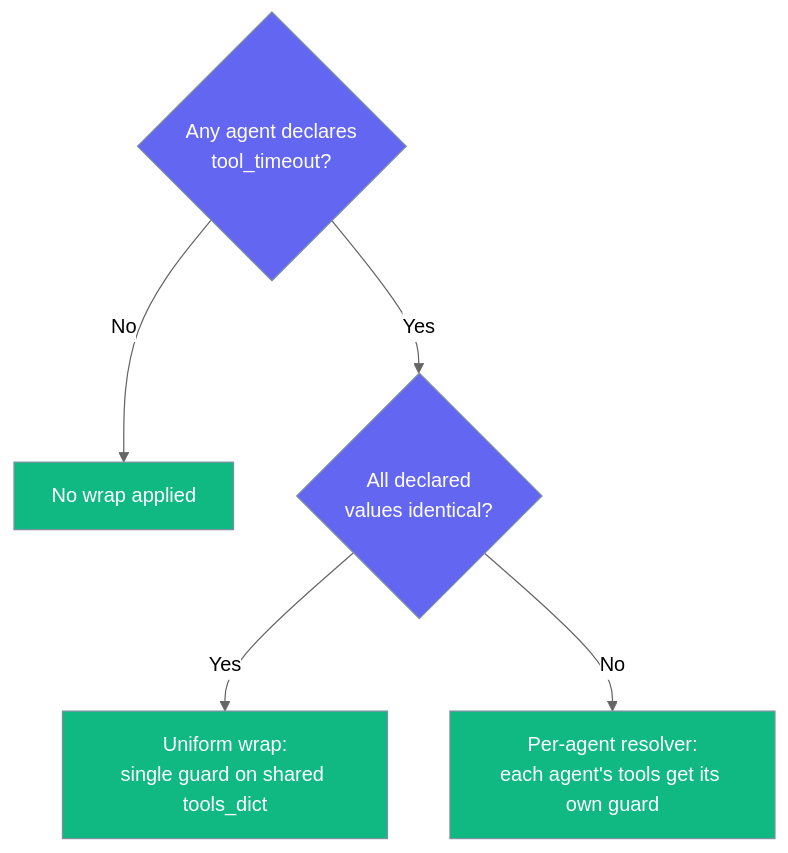
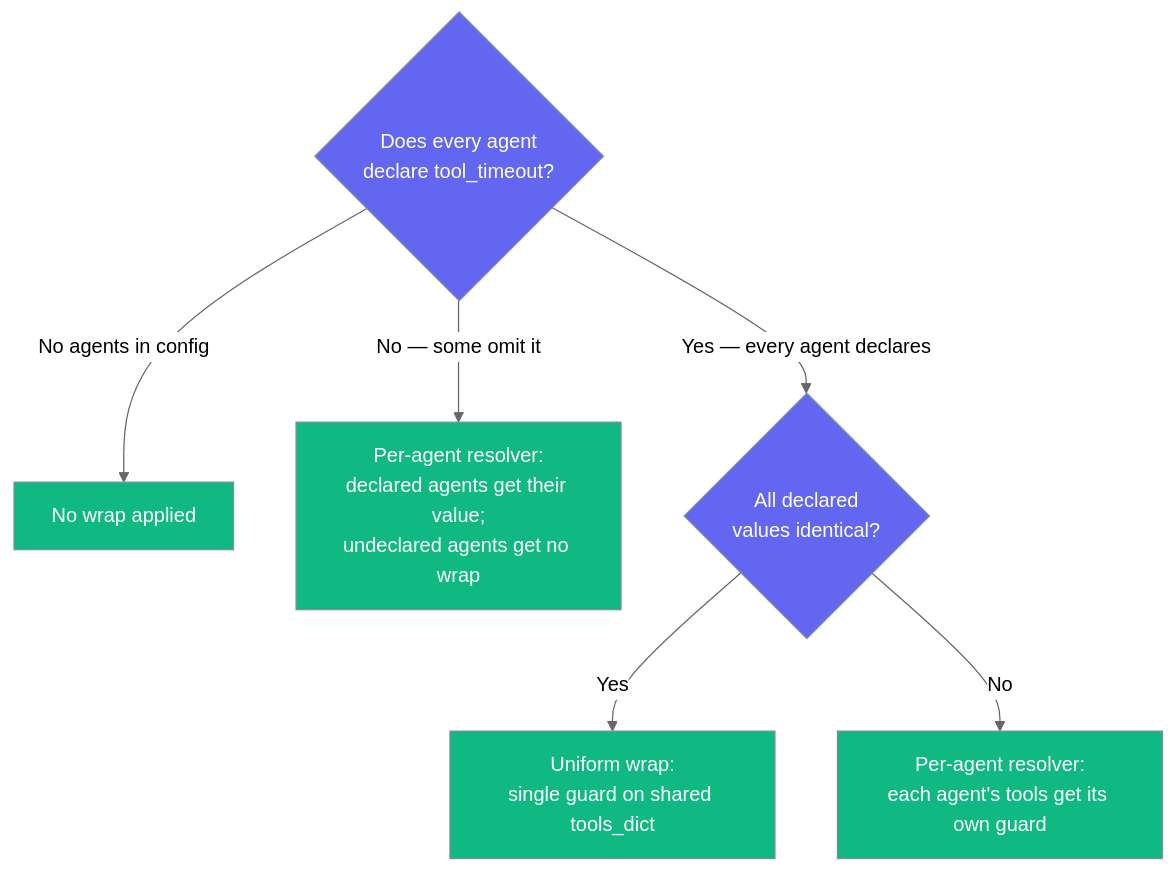
The fifth of 5 diagrams in docs/features/tool-timeout.mdx (MervinPraison/PraisonAIDocs), drawn with Mermaid (neutral theme) before and after one commit. The commit also changed other lines of this file and 2 other files, not shown here.

First line of the commit message:
docs: correct tool_timeout uniform-vs-heterogeneous semantics after PR #4468 (fixes #3483)

````diff
--- a/docs/features/tool-timeout.mdx
+++ b/docs/features/tool-timeout.mdx
@@ -271,14 +314,15 @@
 ```mermaid
 graph TB
-    Q{Any agent declares<br/>tool_timeout?}
-    Q -->|No| N[No wrap applied]
-    Q -->|Yes| U{All declared<br/>values identical?}
+    Q{Does every agent<br/>declare tool_timeout?}
+    Q -->|No agents in config| N[No wrap applied]
+    Q -->|No — some omit it| P[Per-agent resolver:<br/>declared agents get their value;<br/>undeclared agents get no wrap]
+    Q -->|Yes — every agent declares| U{All declared<br/>values identical?}
     U -->|Yes| S[Uniform wrap:<br/>single guard on shared tools_dict]
     U -->|No| H[Per-agent resolver:<br/>each agent's tools get its own guard]
 
     classDef question fill:#6366F1,stroke:#7C90A0,color:#fff
     classDef path fill:#10B981,stroke:#7C90A0,color:#fff
 
     class Q,U question
-    class N,S,H path
+    class N,P,S,H path
 ```
````
